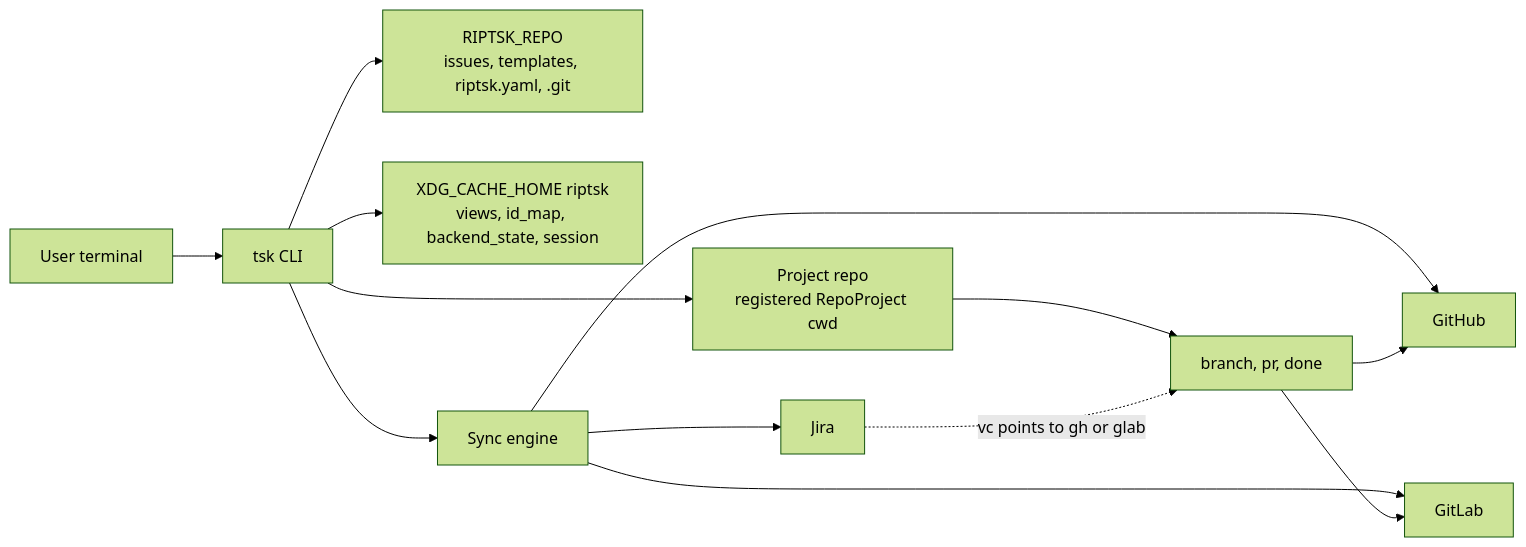
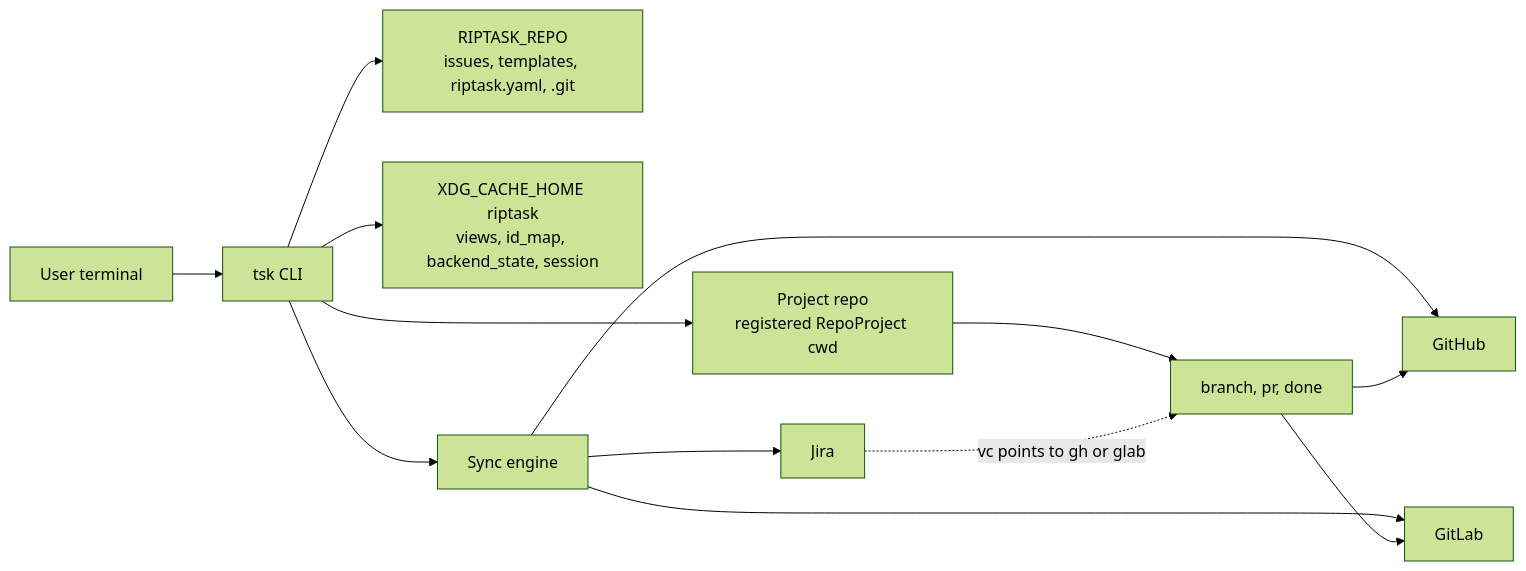
One commit to gubasso/riptask changed the first of 5 diagrams in README.md. Above: the diagram before and after it, drawn with Mermaid (forest theme). The commit also changed other lines of this file and 40 other files, not shown here.

First line of the commit message:
docs: rename riptsk → riptask across user-facing text

````diff
--- a/README.md
+++ b/README.md
@@ -45,15 +45,15 @@
 ```mermaid
 flowchart LR
     User[User terminal] --> CLI[tsk CLI]
-    CLI --> Repo[RIPTSK_REPO<br/>issues, templates, riptsk.yaml, .git]
-    CLI --> Cache[XDG_CACHE_HOME riptsk<br/>views, id_map, backend_state, session]
+    CLI --> Repo[RIPTASK_REPO<br/>issues, templates, riptask.yaml, .git]
+    CLI --> Cache[XDG_CACHE_HOME riptask<br/>views, id_map, backend_state, session]
     CLI --> ProjRepo[Project repo<br/>registered RepoProject cwd]
     CLI --> Sync[Sync engine]
     Sync --> GitHub[GitHub]
     Sync --> GitLab[GitLab]
     Sync --> Jira[Jira]
     ProjRepo --> BranchPR[branch, pr, done]
     BranchPR --> GitHub
     BranchPR --> GitLab
     Jira -. vc points to gh or glab .-> BranchPR
 ```
````
